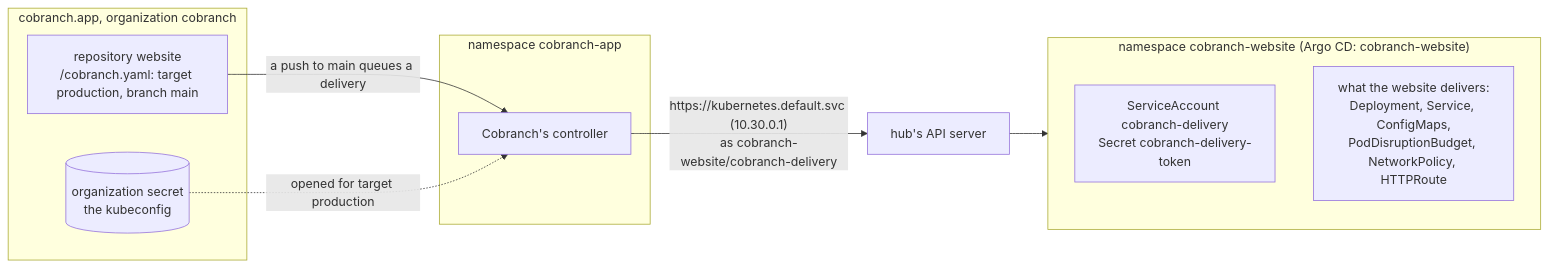
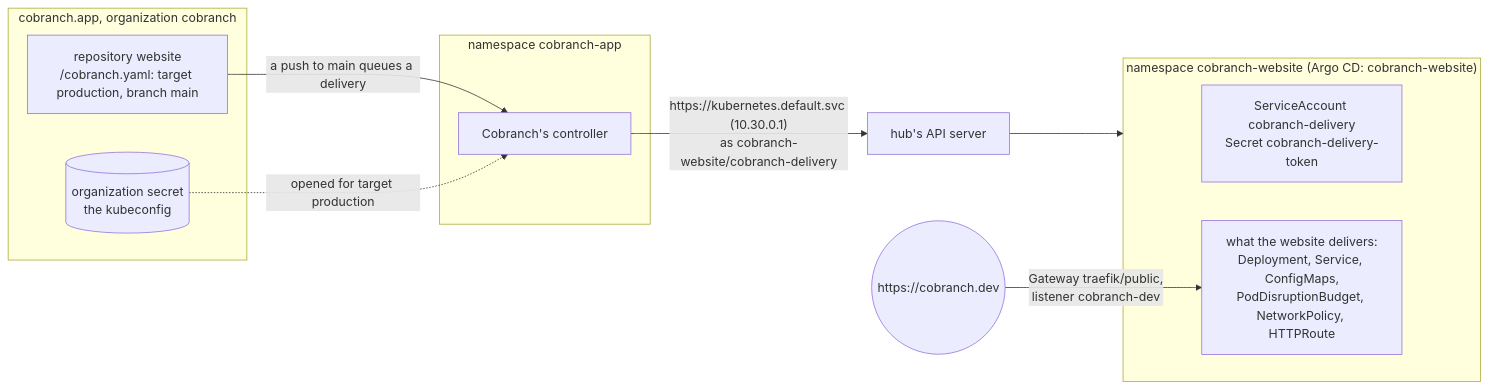
Before and after one commit to arikkfir-org/delivery: the diagram in docs/delivery/designs/cobranch-website.md, drawn with Mermaid. The commit also changed other lines of this file and 6 other files, not shown here.

First line of the commit message:
feat(cobranch-website): serve cobranch.dev from the delivered website

````diff
--- a/docs/delivery/designs/cobranch-website.md
+++ b/docs/delivery/designs/cobranch-website.md
@@ -11,18 +11,19 @@
 ```mermaid
 flowchart LR
   subgraph app["namespace cobranch-app"]
     CTRL["Cobranch's controller"]
   end
   subgraph cb["cobranch.app, organization cobranch"]
     REPO["repository website<br/>/cobranch.yaml: target production, branch main"]
     SEC[("organization secret<br/>the kubeconfig")]
   end
   REPO -->|"a push to main queues a delivery"| CTRL
   SEC -.->|"opened for target production"| CTRL
   CTRL -->|"https://kubernetes.default.svc (10.30.0.1)<br/>as cobranch-website/cobranch-delivery"| API["hub's API server"]
   API --> NS
   subgraph NS["namespace cobranch-website (Argo CD: cobranch-website)"]
     SA["ServiceAccount cobranch-delivery<br/>Secret cobranch-delivery-token"]
     OBJ["what the website delivers:<br/>Deployment, Service, ConfigMaps,<br/>PodDisruptionBudget, NetworkPolicy, HTTPRoute"]
   end
+  WEB(("https://cobranch.dev")) -->|"Gateway traefik/public,<br/>listener cobranch-dev"| OBJ
 ```
````
